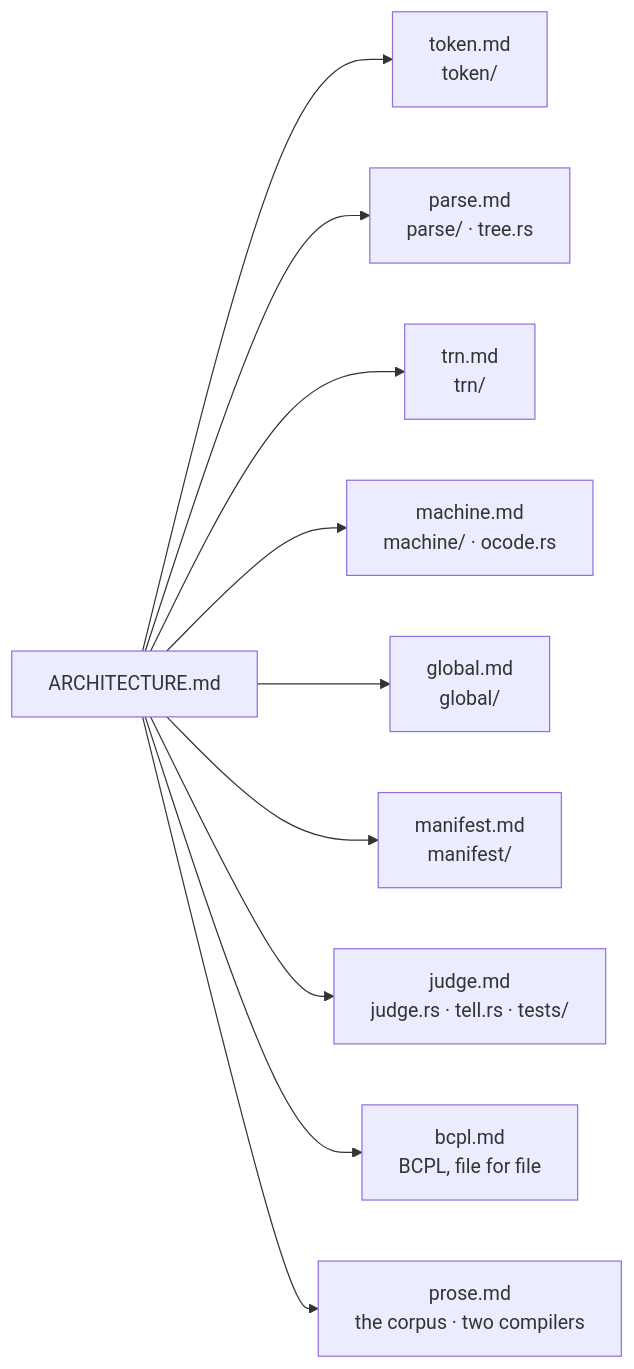
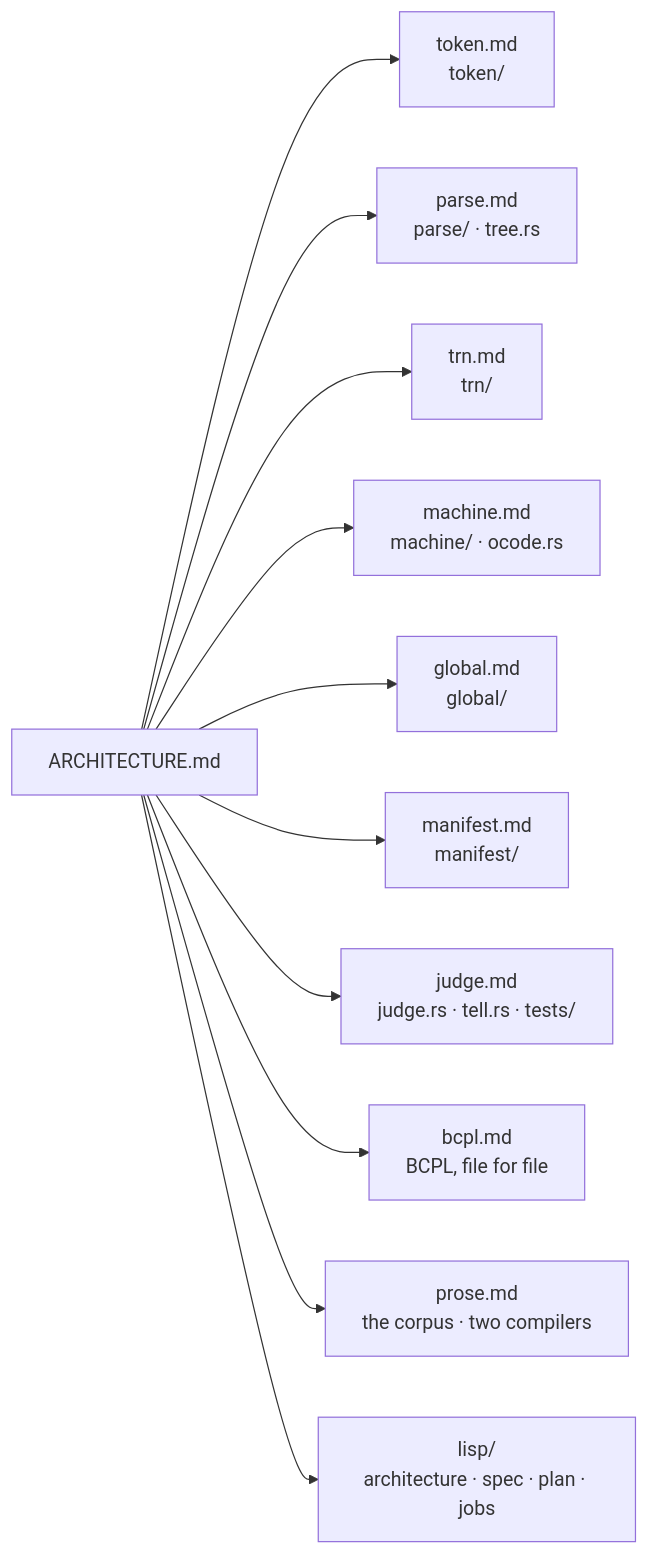
One commit to gemphi/phiclm changed the third of 3 diagrams in ARCHITECTURE.md. Above: the diagram before and after it, drawn with Mermaid. The commit also changed other lines of this file and 10 other files, not shown here.

````diff
--- a/ARCHITECTURE.md
+++ b/ARCHITECTURE.md
@@ -48,12 +52,13 @@
 ```mermaid
 graph LR
     A["ARCHITECTURE.md"] --> L["token.md<br/>token/"]
     A --> P["parse.md<br/>parse/ · tree.rs"]
     A --> T["trn.md<br/>trn/"]
     A --> M["machine.md<br/>machine/ · ocode.rs"]
     A --> B["global.md<br/>global/"]
     A --> D["manifest.md<br/>manifest/"]
     A --> J["judge.md<br/>judge.rs · tell.rs · tests/"]
     A --> C["bcpl.md<br/>BCPL, file for file"]
     A --> R["prose.md<br/>the corpus · two compilers"]
+    A --> LI["lisp/<br/>architecture · spec · plan · jobs"]
 ```
````
